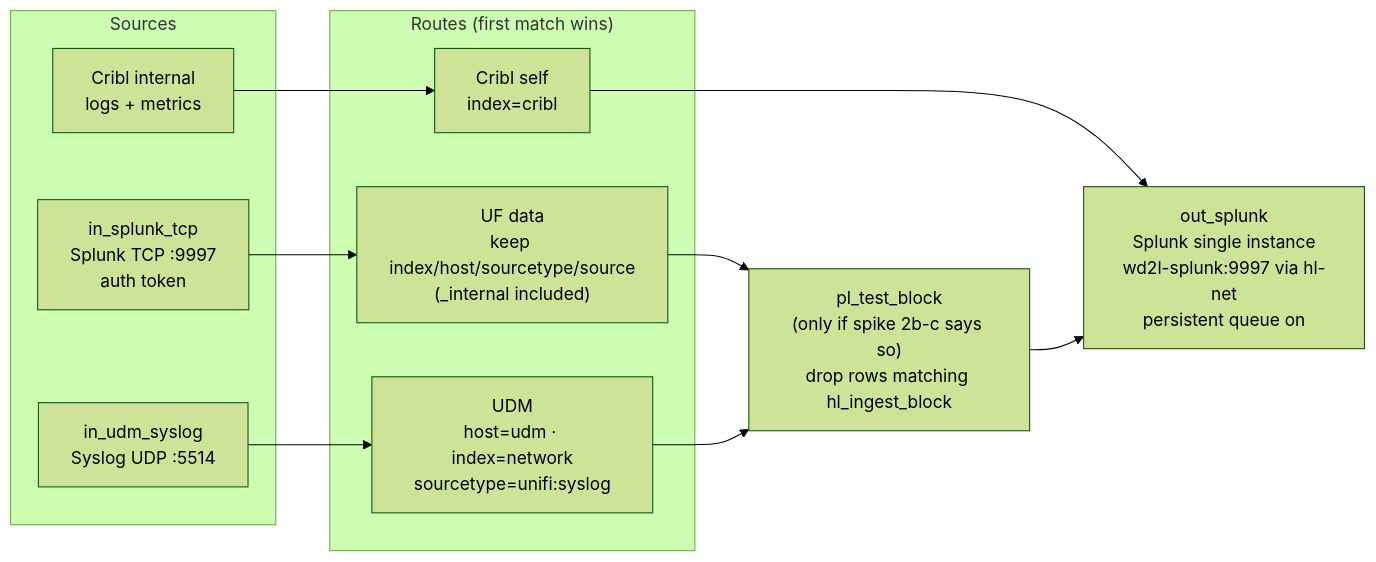
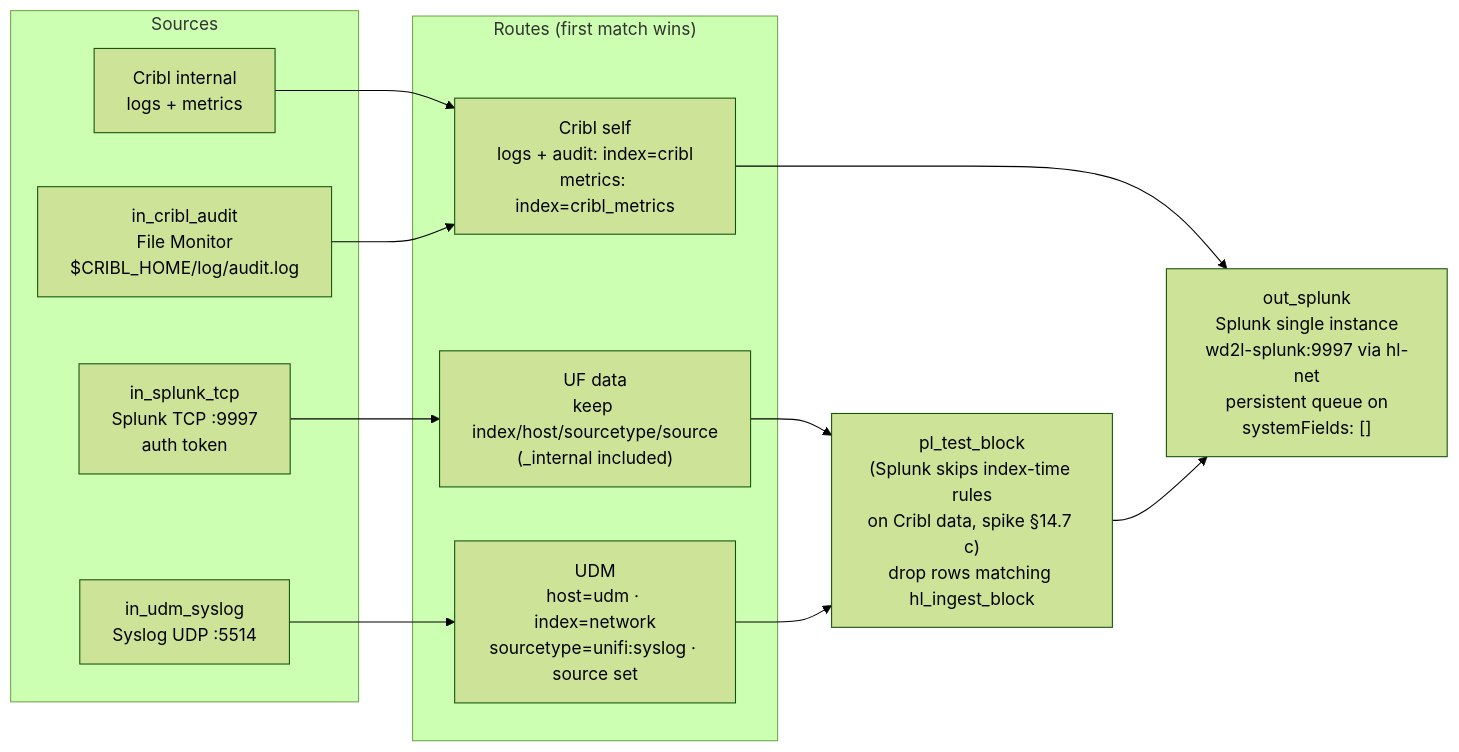
Before and after one commit to JoeHazurmoney/homelab-splunk-missing-source: the second of 2 diagrams in docs/specs/2026-10-30-design.md, drawn with Mermaid (forest theme). The commit also changed other lines of this file and 1 other file, not shown here.

First line of the commit message:
docs(spec): Cribl spike 2b findings (#29)

````diff
--- a/docs/specs/2026-10-30-design.md
+++ b/docs/specs/2026-10-30-design.md
@@ -78,19 +78,21 @@
 ```mermaid
 flowchart LR
   subgraph SRC["Sources"]
     S1["in_splunk_tcp<br/>Splunk TCP :9997<br/>auth token"]
     S2["in_udm_syslog<br/>Syslog UDP :5514"]
     S3["Cribl internal<br/>logs + metrics"]
+    S4["in_cribl_audit<br/>File Monitor<br/>$CRIBL_HOME/log/audit.log"]
   end
   subgraph RT["Routes (first match wins)"]
     R1["UF data<br/>keep index/host/sourcetype/source<br/>(_internal included)"]
-    R2["UDM<br/>host=udm · index=network<br/>sourcetype=unifi:syslog"]
-    R3["Cribl self<br/>index=cribl"]
+    R2["UDM<br/>host=udm · index=network<br/>sourcetype=unifi:syslog · source set"]
+    R3["Cribl self<br/>logs + audit: index=cribl<br/>metrics: index=cribl_metrics"]
   end
-  P["pl_test_block<br/>(only if spike 2b-c says so)<br/>drop rows matching hl_ingest_block"]
-  OUT["out_splunk<br/>Splunk single instance<br/>wd2l-splunk:9997 via hl-net<br/>persistent queue on"]
+  P["pl_test_block<br/>(Splunk skips index-time rules<br/>on Cribl data, spike §14.7 c)<br/>drop rows matching hl_ingest_block"]
+  OUT["out_splunk<br/>Splunk single instance<br/>wd2l-splunk:9997 via hl-net<br/>persistent queue on<br/>systemFields: []"]
   S1 --> R1 --> P
   S2 --> R2 --> P
   S3 --> R3 --> OUT
+  S4 --> R3
   P --> OUT
 ```
````
